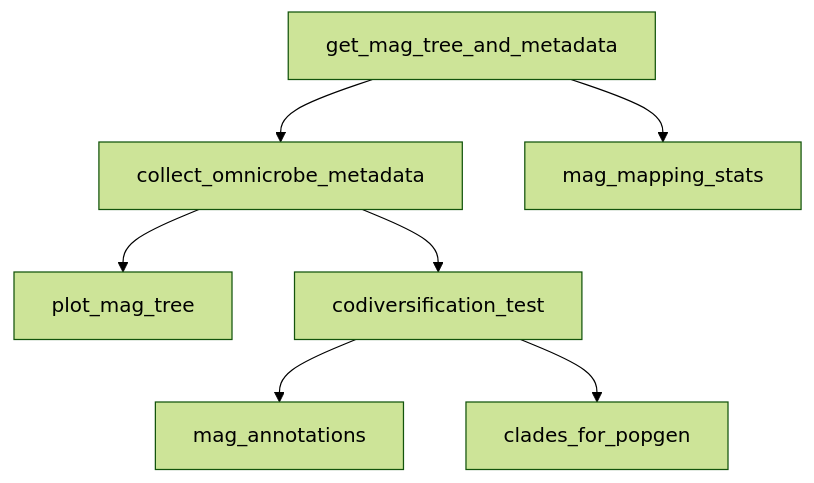
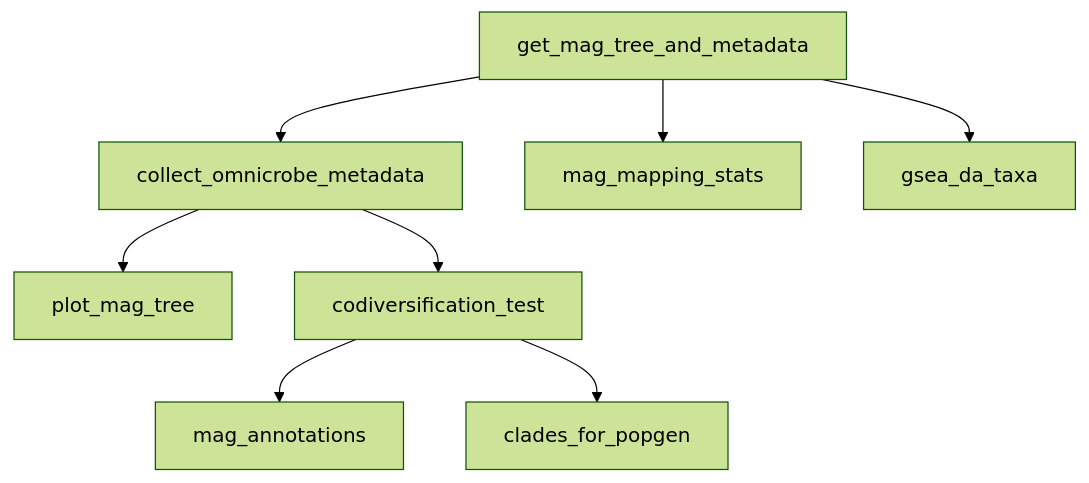
Before and after one commit to markella-moraitou/mammal_oral_microbiome_stats: the third of 3 diagrams in README.md, drawn with Mermaid (forest theme). The commit also changed other lines of this file and 2 other files, not shown here.

Commit message:
Run GSEA on hq MAGs

````diff
--- a/README.md
+++ b/README.md
@@ -34,9 +33,10 @@
 ```mermaid # Not sure if accurate, double check
 flowchart TD;
     A[get_mag_tree_and_metadata]-->B[collect_omnicrobe_metadata]
     A-->C[mag_mapping_stats]
+    A-->H[gsea_da_taxa];
     B-->D[plot_mag_tree]
     B-->E[codiversification_test]
     E-->F[mag_annotations]
     E-->G[clades_for_popgen]
 ```
````
